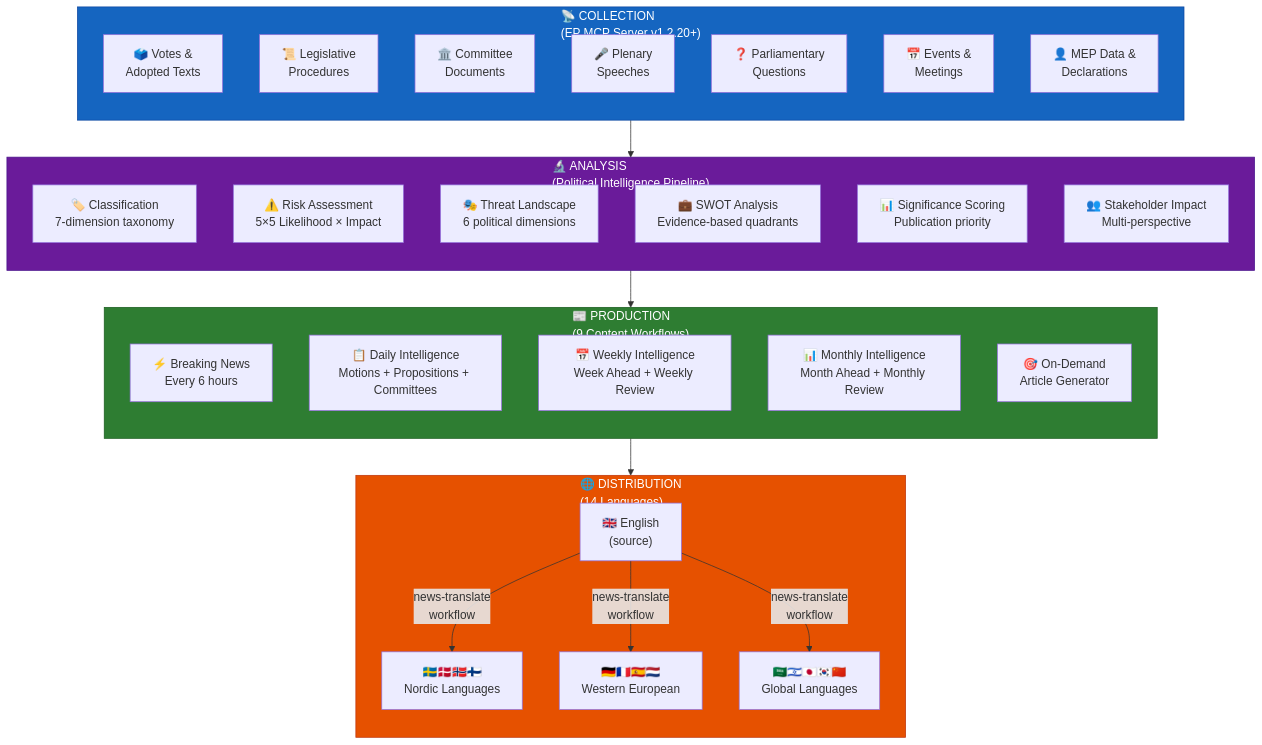
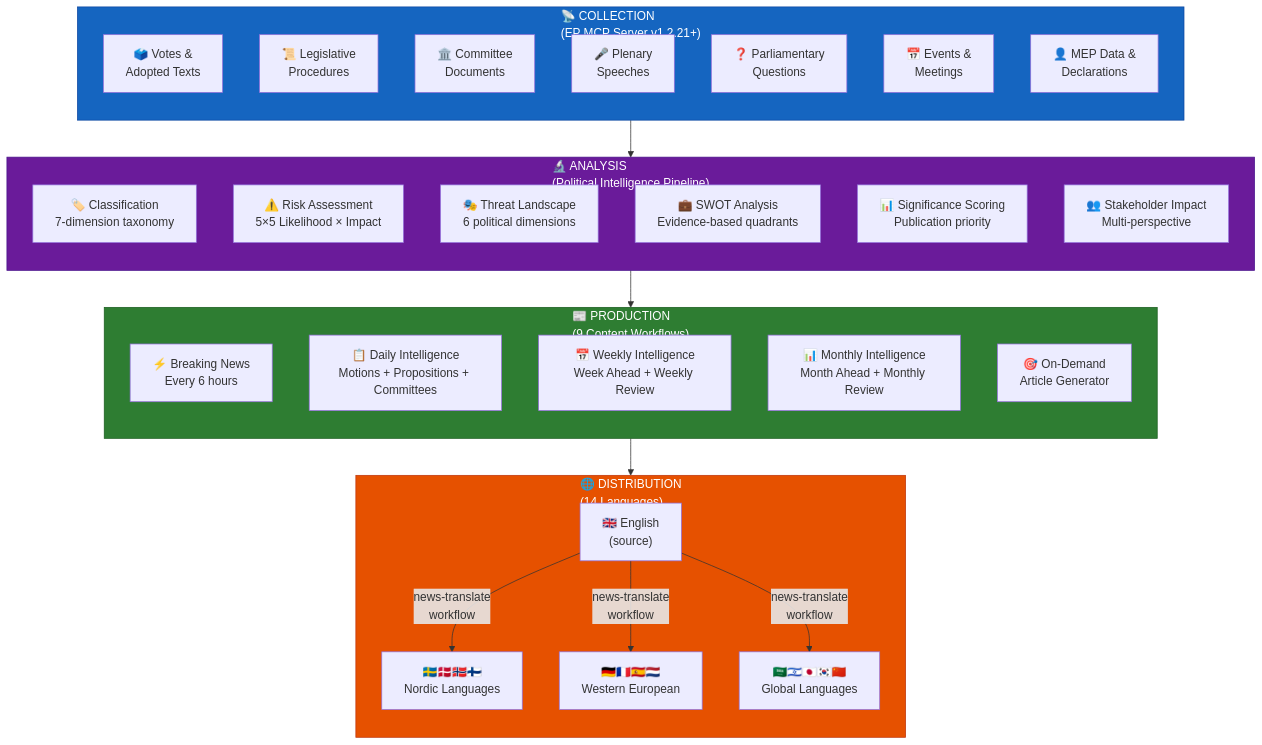
Before and after one commit to Hack23/euparliamentmonitor: diagram 19 of 22 in WORKFLOWS.md, drawn with Mermaid. The commit also changed other lines of this file and 66 other files, not shown here.

First line of the commit message:
chore: bump european-parliament-mcp-server 1.2.20 → 1.2.21 across all configs, workflows, docs, and source

````diff
--- a/WORKFLOWS.md
+++ b/WORKFLOWS.md
@@ -1920,48 +1920,48 @@
 ```mermaid
 flowchart TD
-    subgraph Collection["📡 COLLECTION<br/>(EP MCP Server v1.2.20+)"]
+    subgraph Collection["📡 COLLECTION<br/>(EP MCP Server v1.2.21+)"]
         direction TB
         C1["🗳️ Votes &<br/>Adopted Texts"]
         C2["📜 Legislative<br/>Procedures"]
         C3["🏛️ Committee<br/>Documents"]
         C4["🎤 Plenary<br/>Speeches"]
         C5["❓ Parliamentary<br/>Questions"]
         C6["📅 Events &<br/>Meetings"]
         C7["👤 MEP Data &<br/>Declarations"]
     end
 
     subgraph Analysis["🔬 ANALYSIS<br/>(Political Intelligence Pipeline)"]
         direction TB
         A1["🏷️ Classification<br/>7-dimension taxonomy"]
         A2["⚠️ Risk Assessment<br/>5×5 Likelihood × Impact"]
         A3["🎭 Threat Landscape<br/>6 political dimensions"]
         A4["💼 SWOT Analysis<br/>Evidence-based quadrants"]
         A5["📊 Significance Scoring<br/>Publication priority"]
         A6["👥 Stakeholder Impact<br/>Multi-perspective"]
     end
 
     subgraph Production["📰 PRODUCTION<br/>(9 Content Workflows)"]
         direction TB
         P1["⚡ Breaking News<br/>Every 6 hours"]
         P2["📋 Daily Intelligence<br/>Motions + Propositions + Committees"]
         P3["📅 Weekly Intelligence<br/>Week Ahead + Weekly Review"]
         P4["📊 Monthly Intelligence<br/>Month Ahead + Monthly Review"]
         P5["🎯 On-Demand<br/>Article Generator"]
     end
 
     subgraph Distribution["🌐 DISTRIBUTION<br/>(14 Languages)"]
         direction TB
         D1["🇬🇧 English<br/>(source)"]
         D2["🇸🇪🇩🇰🇳🇴🇫🇮<br/>Nordic Languages"]
         D3["🇩🇪🇫🇷🇪🇸🇳🇱<br/>Western European"]
         D4["🇸🇦🇮🇱🇯🇵🇰🇷🇨🇳<br/>Global Languages"]
     end
 
     Collection --> Analysis --> Production --> D1
     D1 --> |"news-translate<br/>workflow"| D2 & D3 & D4
 
     style Collection fill:#1565C0,stroke:#0D47A1,color:#FFFFFF
     style Analysis fill:#6A1B9A,stroke:#4A148C,color:#FFFFFF
     style Production fill:#2E7D32,stroke:#1B5E20,color:#FFFFFF
     style Distribution fill:#E65100,stroke:#BF360C,color:#FFFFFF
 ```
````
